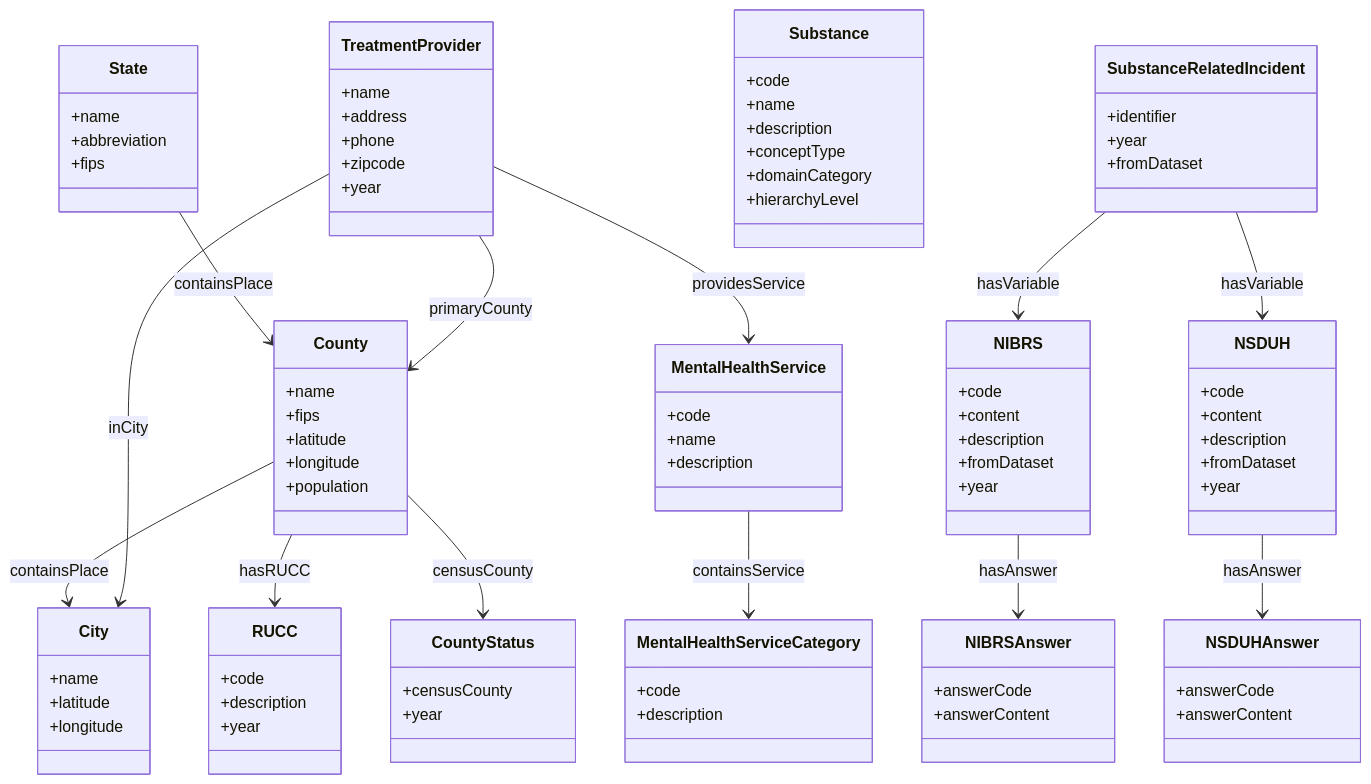
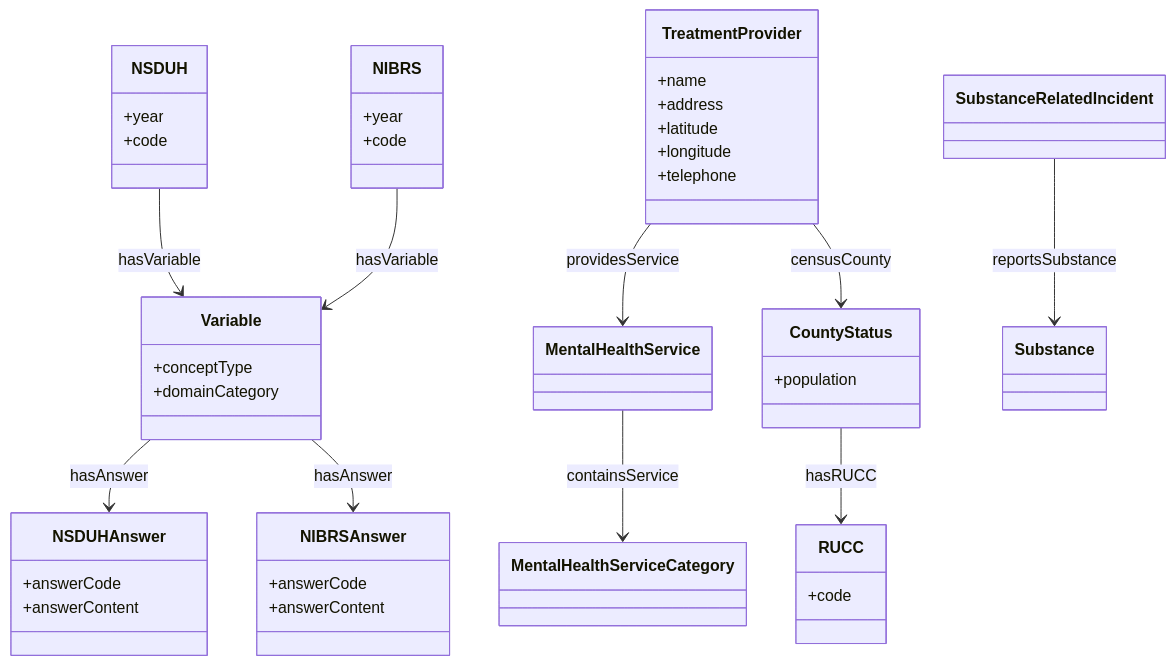
The diagram in docs/examples/ruralkg_overview.md (sbl-sdsc/mcp-proto-okn), drawn with Mermaid before and after one commit. The commit also changed other lines of this file and 14 other files, not shown here.

````diff
--- a/docs/examples/ruralkg_overview.md
+++ b/docs/examples/ruralkg_overview.md
@@ -50,110 +43,50 @@
 ```mermaid
 classDiagram
-    class State {
-        +name
-        +abbreviation
-        +fips
+    class NSDUH {
+        +year
+        +code
     }
-    
-    class County {
-        +name
-        +fips
-        +latitude
-        +longitude
-        +population
+    class NIBRS {
+        +year
+        +code
     }
-    
-    class City {
-        +name
-        +latitude
-        +longitude
-    }
-    
-    class RUCC {
-        +code
-        +description
-        +year
-    }
-    
-    class CountyStatus {
-        +censusCounty
-        +year
-    }
-    
-    class TreatmentProvider {
-        +name
-        +address
-        +phone
-        +zipcode
-        +year
-    }
-    
-    class MentalHealthService {
-        +code
-        +name
-        +description
-    }
-    
-    class MentalHealthServiceCategory {
-        +code
-        +description
-    }
-    
-    class Substance {
-        +code
-        +name
-        +description
+    class Variable {
         +conceptType
         +domainCategory
-        +hierarchyLevel
     }
-    
-    class SubstanceRelatedIncident {
-        +identifier
-        +year
-        +fromDataset
-    }
-    
-    class NSDUH {
-        +code
-        +content
-        +description
-        +fromDataset
-        +year
-    }
-    
     class NSDUHAnswer {
         +answerCode
         +answerContent
     }
-    
-    class NIBRS {
-        +code
-        +content
-        +description
-        +fromDataset
-        +year
-    }
-    
     class NIBRSAnswer {
         +answerCode
         +answerContent
     }
+    class TreatmentProvider {
+        +name
+        +address
+        +latitude
+        +longitude
+        +telephone
+    }
+    class MentalHealthService
+    class MentalHealthServiceCategory
+    class Substance
+    class SubstanceRelatedIncident
+    class CountyStatus {
+        +population
+    }
+    class RUCC {
+        +code
+    }
 
-    State --> County : containsPlace
-    County --> City : containsPlace
-    County --> RUCC : hasRUCC
-    County --> CountyStatus : censusCounty
-    
-    TreatmentProvider --> City : inCity
-    TreatmentProvider --> County : primaryCounty
+    NSDUH --> Variable : hasVariable
+    NIBRS --> Variable : hasVariable
+    Variable --> NSDUHAnswer : hasAnswer
+    Variable --> NIBRSAnswer : hasAnswer
     TreatmentProvider --> MentalHealthService : providesService
-    
     MentalHealthService --> MentalHealthServiceCategory : containsService
-    
-    SubstanceRelatedIncident --> NIBRS : hasVariable
-    SubstanceRelatedIncident --> NSDUH : hasVariable
-    
-    NSDUH --> NSDUHAnswer : hasAnswer
-    NIBRS --> NIBRSAnswer : hasAnswer
+    TreatmentProvider --> CountyStatus : censusCounty
+    CountyStatus --> RUCC : hasRUCC
+    SubstanceRelatedIncident --> Substance : reportsSubstance
 ```
````
